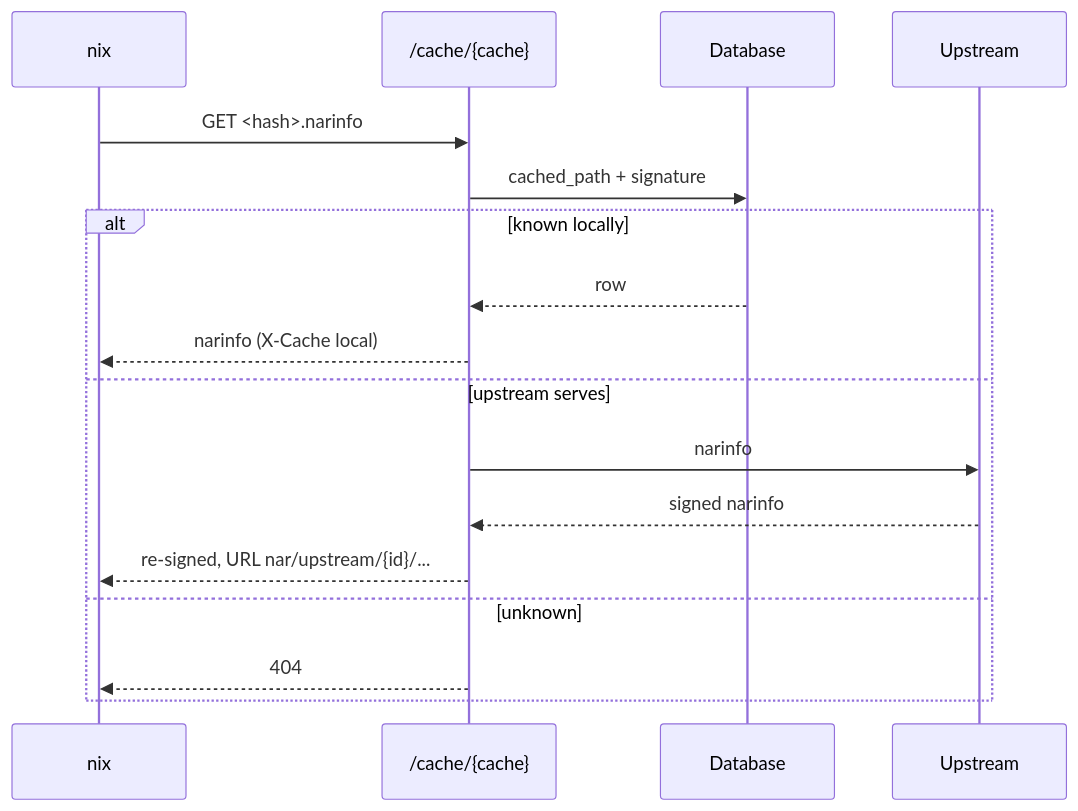
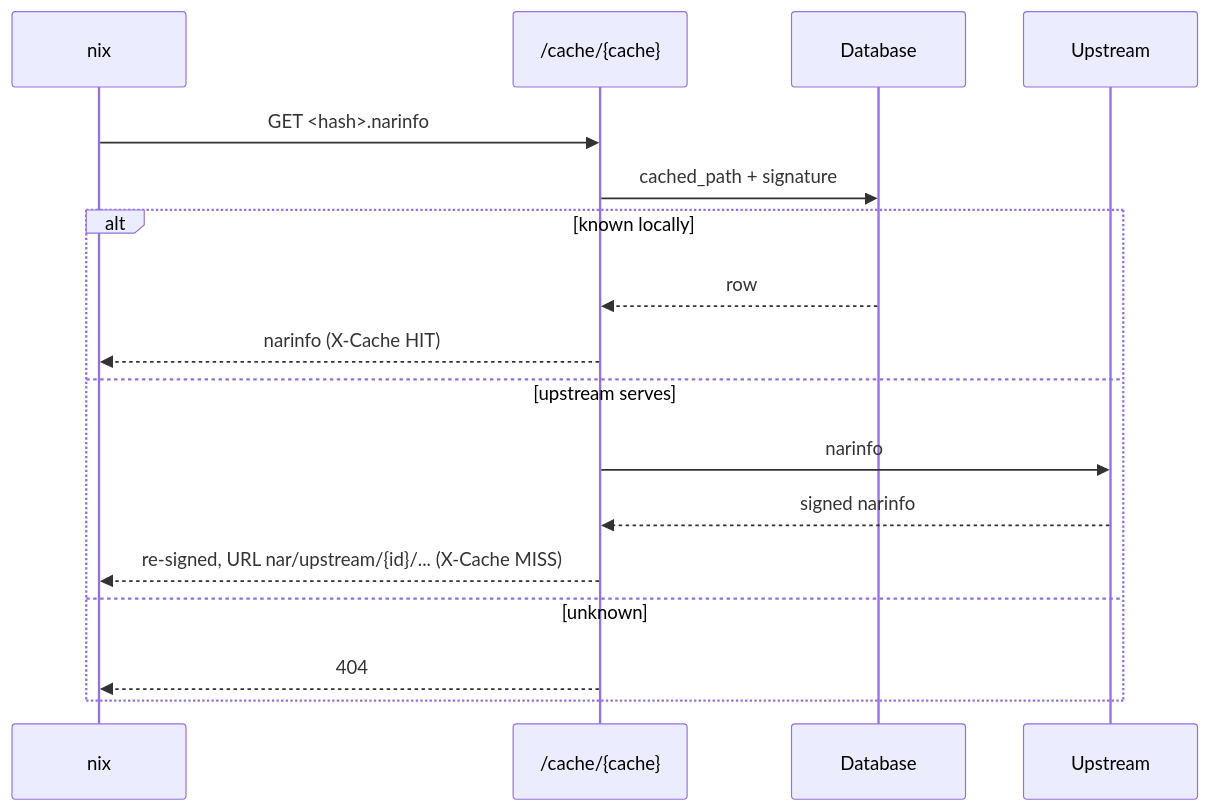
The diagram in docs/src/contributors/internals/cache-serving.md (wavelens/gradient), drawn with Mermaid before and after one commit. The commit also changed other lines of this file and 61 other files, not shown here.

````diff
--- a/docs/src/contributors/internals/cache-serving.md
+++ b/docs/src/contributors/internals/cache-serving.md
@@ -5,19 +5,19 @@
 ```mermaid
 sequenceDiagram
     participant N as nix
     participant C as /cache/{cache}
     participant D as Database
     participant U as Upstream
     N->>C: GET <hash>.narinfo
     C->>D: cached_path + signature
     alt known locally
         D-->>C: row
-        C-->>N: narinfo (X-Cache local)
+        C-->>N: narinfo (X-Cache HIT)
     else upstream serves
         C->>U: narinfo
         U-->>C: signed narinfo
-        C-->>N: re-signed, URL nar/upstream/{id}/...
+        C-->>N: re-signed, URL nar/upstream/{id}/... (X-Cache MISS)
     else unknown
         C-->>N: 404
     end
 ```
````
